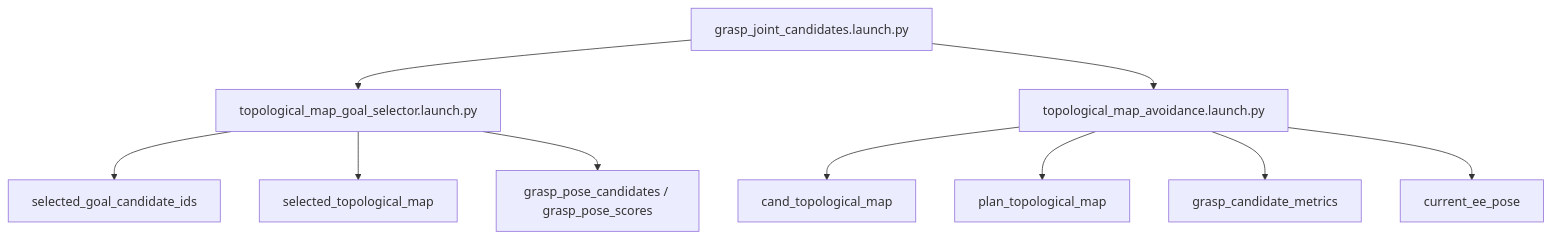
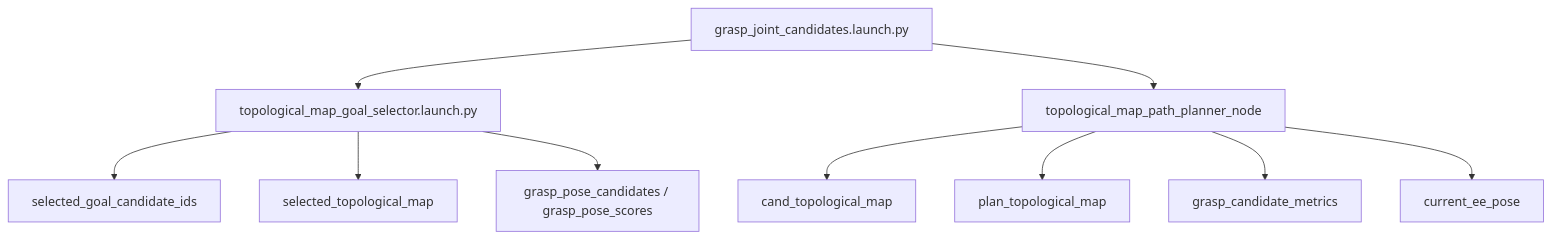
One commit to uraki-UH/arm_avoidance changed the first of 10 diagrams in gng_vlut_system/docs/TECHNICAL_SPEC.md. Above: the diagram before and after it, drawn with Mermaid. The commit also changed other lines of this file and 28 other files, not shown here.

````diff
--- a/gng_vlut_system/docs/TECHNICAL_SPEC.md
+++ b/gng_vlut_system/docs/TECHNICAL_SPEC.md
@@ -18,14 +18,14 @@
 ```mermaid
 flowchart TD
     A[grasp_joint_candidates.launch.py] --> B[topological_map_goal_selector.launch.py]
-    A --> D[topological_map_avoidance.launch.py]
+    A --> D[topological_map_path_planner_node]
 
     B --> G[selected_goal_candidate_ids]
     B --> H[selected_topological_map]
     B --> J[grasp_pose_candidates / grasp_pose_scores]
 
     D --> K[cand_topological_map]
     D --> L[plan_topological_map]
     D --> M[grasp_candidate_metrics]
     D --> N[current_ee_pose]
 ```
````
